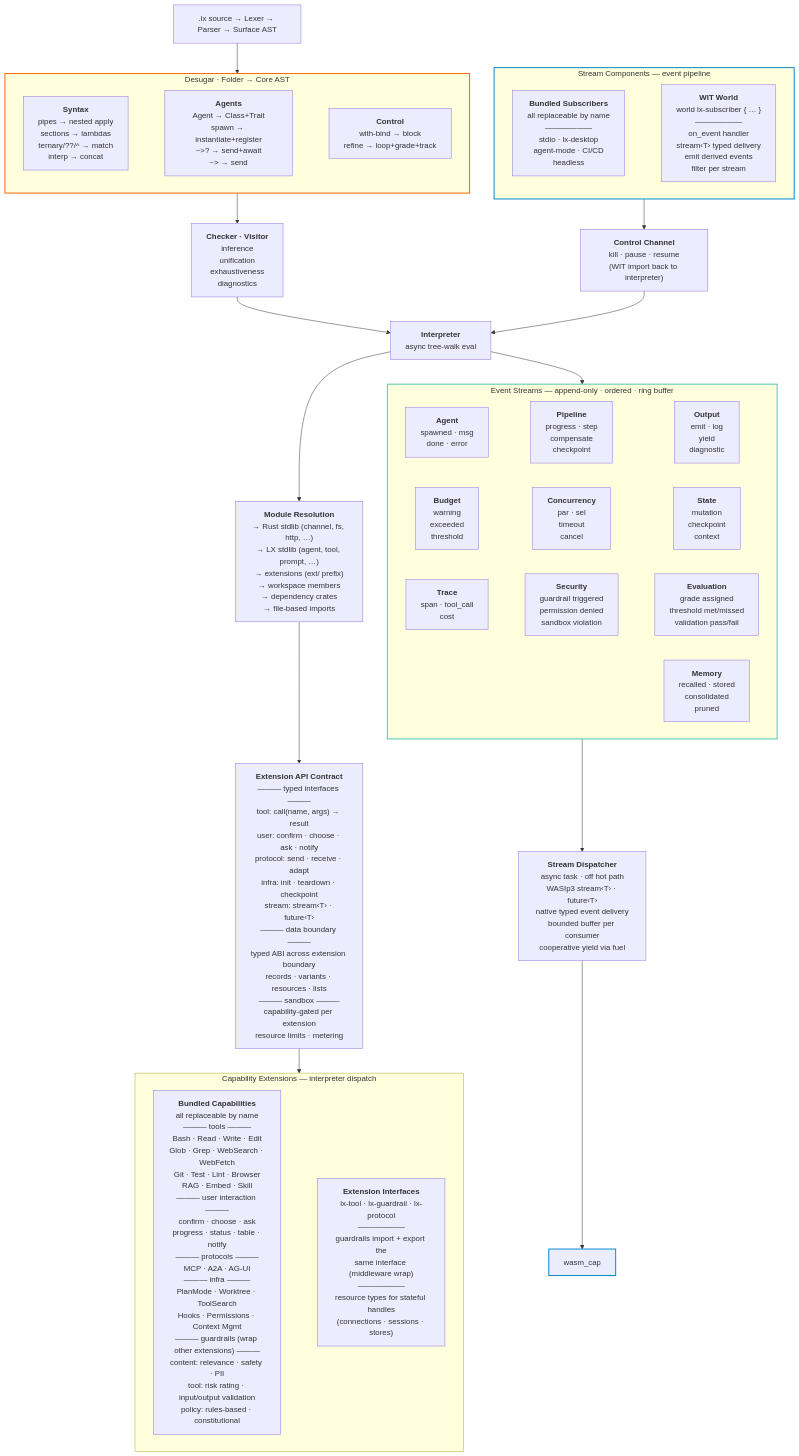
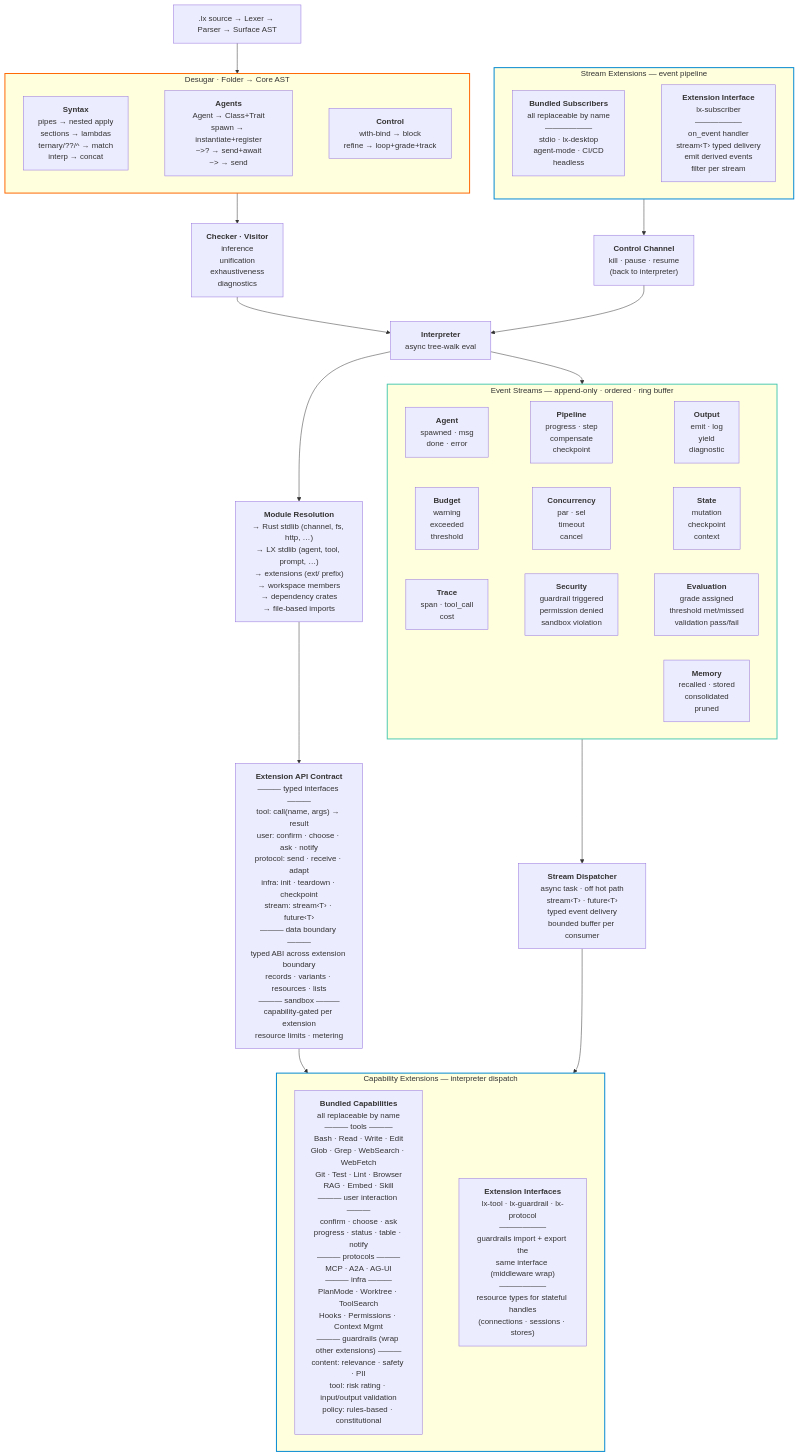
The diagram in DIAGRAM.mmd (Distortedlogic/lx), drawn with Mermaid before and after one commit. The commit also changed 6 other files, not shown here.

```diff
--- a/DIAGRAM.mmd
+++ b/DIAGRAM.mmd
@@ -1,169 +1,168 @@
 graph TD
     parse[".lx source → Lexer → Parser → Surface AST"]:::orange
     parse --> desugars
 
     subgraph desugars ["Desugar · Folder → Core AST"]
         direction LR
         ds_syntax["`**Syntax**
 pipes → nested apply
 sections → lambdas
 ternary/??/^ → match
 interp → concat`"]:::orange
         ds_agents["`**Agents**
 Agent → Class+Trait
 spawn → instantiate+register
 ~>? → send+await
 ~> → send`"]:::orange
         ds_control["`**Control**
 with-bind → block
 refine → loop+grade+track`"]:::orange
         ds_syntax ~~~ ds_agents ~~~ ds_control
     end
 
     desugars --> checker["`**Checker · Visitor**
 inference
 unification
 exhaustiveness
 diagnostics`"]:::yellow
     checker --> interpreter["`**Interpreter**
 async tree-walk eval`"]:::purple
 
     interpreter --> resolve["`**Module Resolution**
 → Rust stdlib (channel, fs, http, …)
 → LX stdlib (agent, tool, prompt, …)
 → extensions (ext/ prefix)
 → workspace members
 → dependency crates
 → file-based imports`"]:::purple
 
     resolve --> api["`**Extension API Contract**
 ——— typed interfaces ———
 tool: call(name, args) → result
 user: confirm · choose · ask · notify
 protocol: send · receive · adapt
 infra: init · teardown · checkpoint
 stream: stream‹T› · future‹T›
 ——— data boundary ———
 typed ABI across extension boundary
 records · variants · resources · lists
 ——— sandbox ———
 capability-gated per extension
 resource limits · metering`"]:::blue
 
     interpreter --> events
 
     api --> ext_cap
 
     subgraph ext_cap ["Capability Extensions — interpreter dispatch"]
         direction LR
         cap_bundled["`**Bundled Capabilities**
 all replaceable by name
 ——— tools ———
 Bash · Read · Write · Edit
 Glob · Grep · WebSearch · WebFetch
 Git · Test · Lint · Browser
 RAG · Embed · Skill
 ——— user interaction ———
 confirm · choose · ask
 progress · status · table · notify
 ——— protocols ———
 MCP · A2A · AG-UI
 ——— infra ———
 PlanMode · Worktree · ToolSearch
 Hooks · Permissions · Context Mgmt
 ——— guardrails (wrap other extensions) ———
 content: relevance · safety · PII
 tool: risk rating · input/output validation
 policy: rules-based · constitutional`"]:::blue
         cap_iface["`**Extension Interfaces**
 lx-tool · lx-guardrail · lx-protocol
 ——————
 guardrails import + export the
 same interface (middleware wrap)
 ——————
 resource types for stateful handles
 (connections · sessions · stores)`"]:::blue
         cap_bundled ~~~ cap_iface
     end
 
     subgraph events ["Event Streams — append-only · ordered · ring buffer"]
         direction LR
         evt_agent["`**Agent**
 spawned · msg
 done · error`"]:::teal
         evt_pipeline["`**Pipeline**
 progress · step
 compensate
 checkpoint`"]:::teal
         evt_output["`**Output**
 emit · log
 yield
 diagnostic`"]:::teal
         evt_budget["`**Budget**
 warning
 exceeded
 threshold`"]:::teal
         evt_concurrency["`**Concurrency**
 par · sel
 timeout
 cancel`"]:::teal
         evt_state["`**State**
 mutation
 checkpoint
 context`"]:::teal
         evt_trace["`**Trace**
 span · tool_call
 cost`"]:::teal
         evt_security["`**Security**
 guardrail triggered
 permission denied
 sandbox violation`"]:::teal
         evt_eval["`**Evaluation**
 grade assigned
 threshold met/missed
 validation pass/fail`"]:::teal
         evt_memory["`**Memory**
 recalled · stored
 consolidated
 pruned`"]:::teal
         evt_agent ~~~ evt_pipeline ~~~ evt_output
         evt_budget ~~~ evt_concurrency ~~~ evt_state
         evt_trace ~~~ evt_security ~~~ evt_eval
     end
 
     events --> dispatch["`**Stream Dispatcher**
 async task · off hot path
-WASIp3 stream‹T› · future‹T›
-native typed event delivery
-bounded buffer per consumer
-cooperative yield via fuel`"]:::teal
+stream‹T› · future‹T›
+typed event delivery
+bounded buffer per consumer`"]:::teal
 
-    dispatch --> wasm_cap
+    dispatch --> ext_cap
 
-    subgraph wasm_stream ["Stream Components — event pipeline"]
+    subgraph ext_stream ["Stream Extensions — event pipeline"]
         direction LR
         stream_bundled["`**Bundled Subscribers**
 all replaceable by name
 ——————
 stdio · lx-desktop
 agent-mode · CI/CD
 headless`"]:::blue
-        stream_wit["`**WIT World**
-world lx-subscriber { … }
+        stream_iface["`**Extension Interface**
+lx-subscriber
 ——————
 on_event handler
 stream‹T› typed delivery
 emit derived events
 filter per stream`"]:::blue
-        stream_bundled ~~~ stream_wit
+        stream_bundled ~~~ stream_iface
     end
 
-    wasm_stream --> control["`**Control Channel**
+    ext_stream --> control["`**Control Channel**
 kill · pause · resume
-(WIT import back to interpreter)`"]:::teal
+(back to interpreter)`"]:::teal
     control --> interpreter
 
     style desugars stroke:#ff6600,stroke-width:2px
     style events stroke:#4ec9b0,stroke-width:2px
-    style wasm_cap stroke:#0288d1,stroke-width:2px
-    style wasm_stream stroke:#0288d1,stroke-width:2px
+    style ext_cap stroke:#0288d1,stroke-width:2px
+    style ext_stream stroke:#0288d1,stroke-width:2px
```
